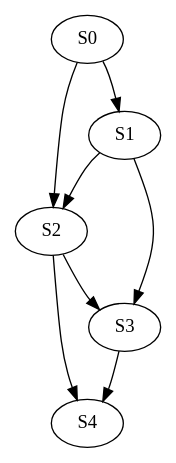
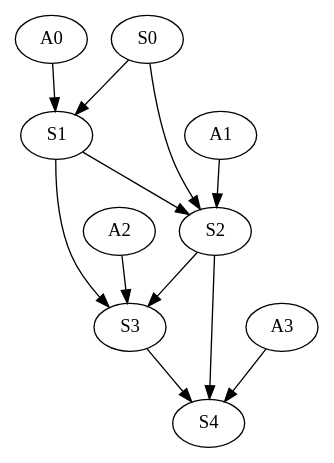
One commit to carschandler/ece595rl changed the fourth of 4 diagrams in hw/1/test.qmd. Above: the diagram before and after it, drawn with Graphviz. The commit also changed other lines of this file and 2 other files, not shown here.

````diff
--- a/hw/1/test.qmd
+++ b/hw/1/test.qmd
@@ -1000,12 +894,15 @@
 ```{dot}
 digraph {
-  splines=curved 
   S0 -> S1
+  A0 -> S1
   S0 -> S2
   S1 -> S2
+  A1 -> S2
   S1 -> S3
   S2 -> S3
+  A2 -> S3
   S2 -> S4
   S3 -> S4
+  A3 -> S4
 }
 ```
````
